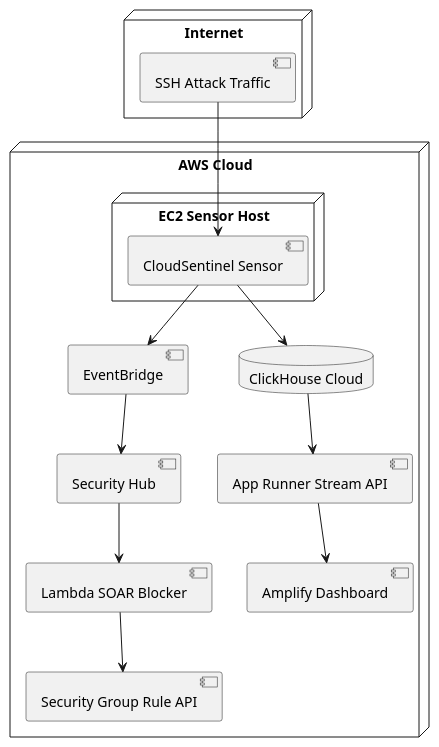
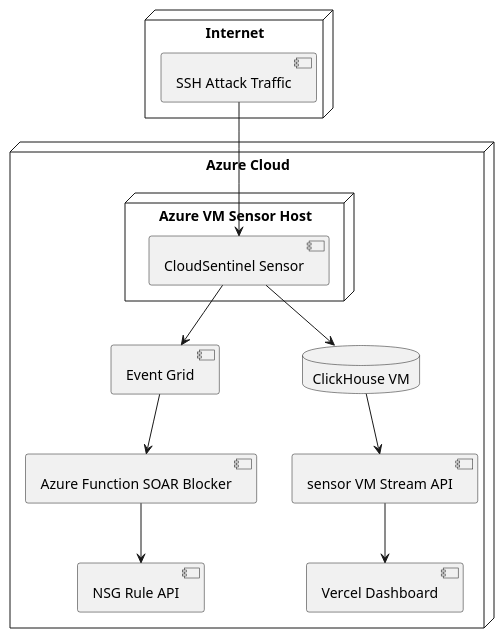
Before and after one commit to kontoldemon/hanyakontolselamatkandunia: the fifth of 7 diagrams in cloudsentinel-skill.md, drawn with PlantUML. The commit also changed other lines of this file and 4 other files, not shown here.

````diff
--- a/cloudsentinel-skill.md
+++ b/cloudsentinel-skill.md
@@ -298,27 +295,25 @@
 ```plantuml
 @startuml
 node "Internet" {
   component "SSH Attack Traffic"
 }
-node "AWS Cloud" {
-  node "EC2 Sensor Host" {
+node "Azure Cloud" {
+  node "Azure VM Sensor Host" {
     component "CloudSentinel Sensor"
   }
-  component "EventBridge"
-  component "Security Hub"
-  component "Lambda SOAR Blocker"
-  component "Security Group Rule API"
-  database "ClickHouse Cloud"
-  component "App Runner Stream API"
-  component "Amplify Dashboard"
+  component "Event Grid"
+  component "Azure Function SOAR Blocker"
+  component "NSG Rule API"
+  database "ClickHouse VM"
+  component "sensor VM Stream API"
+  component "Vercel Dashboard"
 }
 "SSH Attack Traffic" --> "CloudSentinel Sensor"
-"CloudSentinel Sensor" --> "EventBridge"
-"EventBridge" --> "Security Hub"
-"Security Hub" --> "Lambda SOAR Blocker"
-"Lambda SOAR Blocker" --> "Security Group Rule API"
-"CloudSentinel Sensor" --> "ClickHouse Cloud"
-"ClickHouse Cloud" --> "App Runner Stream API"
-"App Runner Stream API" --> "Amplify Dashboard"
+"CloudSentinel Sensor" --> "Event Grid"
+"Event Grid" --> "Azure Function SOAR Blocker"
+"Azure Function SOAR Blocker" --> "NSG Rule API"
+"CloudSentinel Sensor" --> "ClickHouse VM"
+"ClickHouse VM" --> "sensor VM Stream API"
+"sensor VM Stream API" --> "Vercel Dashboard"
 @enduml
 ```
````
